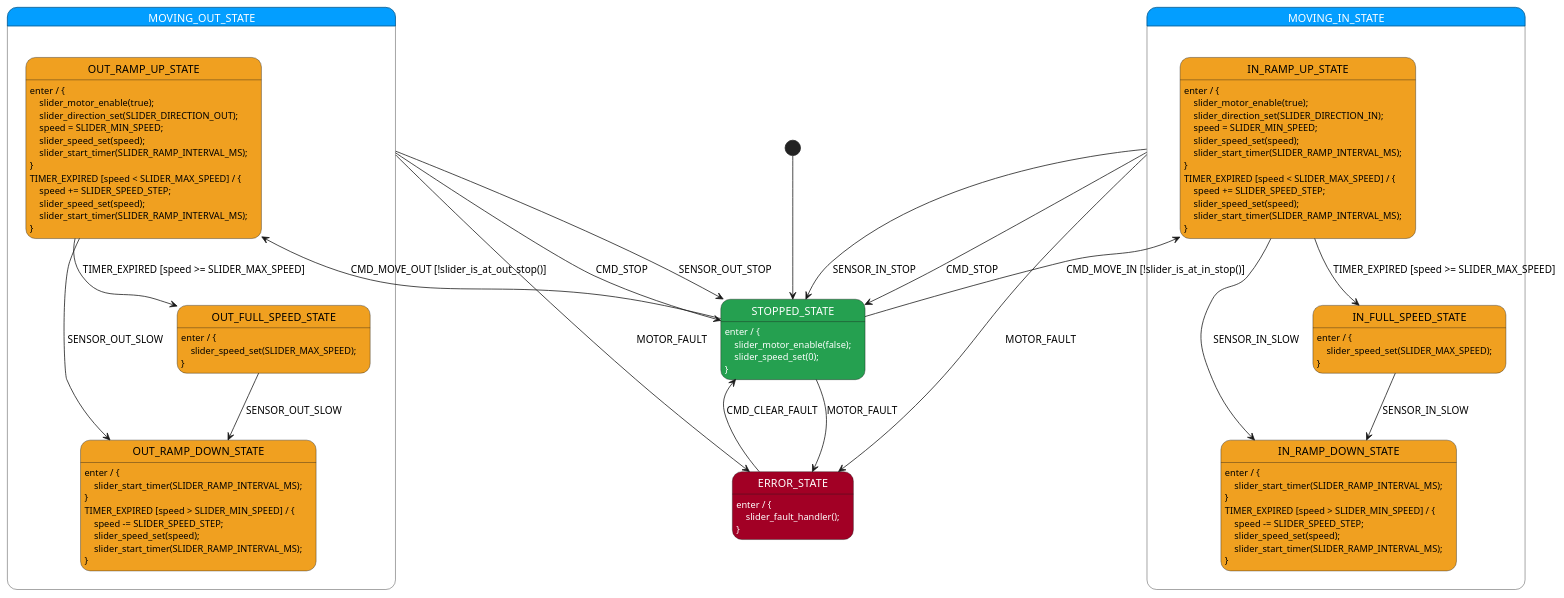
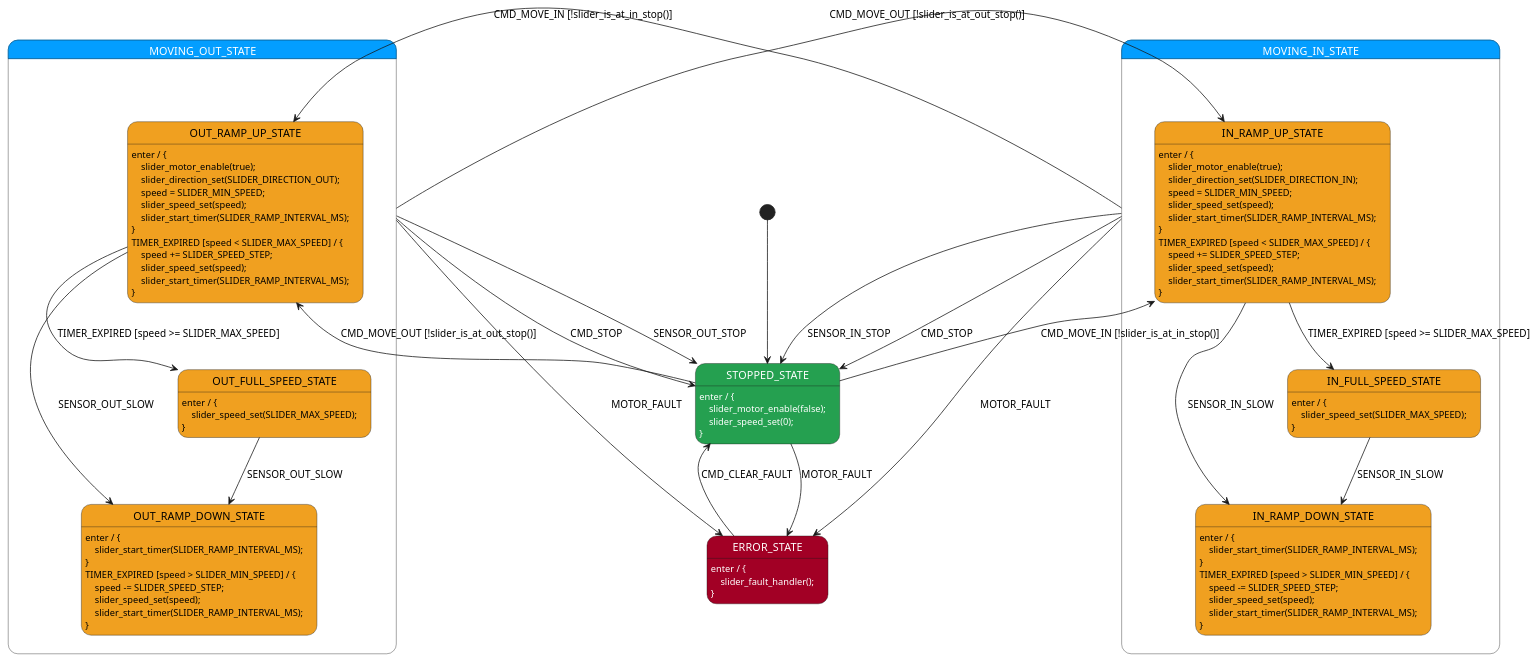
One commit to xanderhendriks/tv-slider changed the diagram in esp32/main/slider_state_machine.plantuml. Above: the diagram before and after it, drawn with PlantUML. The commit also changed 8 other files, not shown here.

```diff
--- a/esp32/main/slider_state_machine.plantuml
+++ b/esp32/main/slider_state_machine.plantuml
@@ -1,119 +1,121 @@
 @startuml slider_state_machine
 
 /'
   State Machine for TV Slider
   
   The system controls a stepper motor to slide a TV in/out of a wall.
   
   Hall Sensors: 
   - IN_STOP:  TV fully retracted (in position)
   - IN_SLOW:  Approaching in position (start ramping down)
   - OUT_SLOW:  Approaching out position (start ramping down)
   - OUT_STOP: TV fully extended (out position)
   
   Event-driven architecture:  uses timer events for ramping
 '/
 
 ' ///////////////////////////// STYLES /////////////////////////////
 skinparam state {
     BackgroundColor<<red>> a20025
     FontColor<<red>> white
     BackgroundColor<<green>> 25a050
     FontColor<<green>> white
     BackgroundColor<<yellow>> f0a020
     FontColor<<yellow>> black
     BackgroundColor<<blue>> 039eff
     FontColor<<blue>> white
 }
 
 ' //////////////////////// STATE ORGANIZATION ///////////////////////
 
 state STOPPED_STATE <<green>>
 state ERROR_STATE <<red>>
 
 state MOVING_OUT_STATE <<blue>> {
     state OUT_RAMP_UP_STATE <<yellow>>
     state OUT_FULL_SPEED_STATE <<yellow>>
     state OUT_RAMP_DOWN_STATE <<yellow>>
 }
 
 state MOVING_IN_STATE <<blue>> {
     state IN_RAMP_UP_STATE <<yellow>>
     state IN_FULL_SPEED_STATE <<yellow>>
     state IN_RAMP_DOWN_STATE <<yellow>>
 }
 
 ' ///////////////////////// STATE HANDLERS /////////////////////////
 
 [*] --> STOPPED_STATE
 
 STOPPED_STATE: enter / { \n    slider_motor_enable(false); \n    slider_speed_set(0); \n}
 STOPPED_STATE --> OUT_RAMP_UP_STATE: CMD_MOVE_OUT [!slider_is_at_out_stop()]
 STOPPED_STATE --> IN_RAMP_UP_STATE: CMD_MOVE_IN [!slider_is_at_in_stop()]
 STOPPED_STATE -down-> ERROR_STATE: MOTOR_FAULT
 
 ' ===== COMMON TRANSITIONS FOR ALL MOVING STATES =====
 MOVING_OUT_STATE --> STOPPED_STATE: CMD_STOP
+MOVING_OUT_STATE --> IN_RAMP_UP_STATE: CMD_MOVE_IN [!slider_is_at_in_stop()]
 MOVING_OUT_STATE --> STOPPED_STATE: SENSOR_OUT_STOP
 MOVING_OUT_STATE --> ERROR_STATE: MOTOR_FAULT
 
 MOVING_IN_STATE --> STOPPED_STATE: CMD_STOP
+MOVING_IN_STATE --> OUT_RAMP_UP_STATE: CMD_MOVE_OUT [!slider_is_at_out_stop()]
 MOVING_IN_STATE --> STOPPED_STATE: SENSOR_IN_STOP
 MOVING_IN_STATE --> ERROR_STATE: MOTOR_FAULT
 
 ' ===== MOVING OUT =====
 OUT_RAMP_UP_STATE: enter / { \n    slider_motor_enable(true); \n    slider_direction_set(SLIDER_DIRECTION_OUT); \n    speed = SLIDER_MIN_SPEED; \n    slider_speed_set(speed); \n    slider_start_timer(SLIDER_RAMP_INTERVAL_MS); \n}
 OUT_RAMP_UP_STATE: TIMER_EXPIRED [speed < SLIDER_MAX_SPEED] / { \n    speed += SLIDER_SPEED_STEP; \n    slider_speed_set(speed); \n    slider_start_timer(SLIDER_RAMP_INTERVAL_MS); \n}
 OUT_RAMP_UP_STATE --> OUT_FULL_SPEED_STATE: TIMER_EXPIRED [speed >= SLIDER_MAX_SPEED]
 OUT_RAMP_UP_STATE --> OUT_RAMP_DOWN_STATE: SENSOR_OUT_SLOW
 
 OUT_FULL_SPEED_STATE: enter / { \n    slider_speed_set(SLIDER_MAX_SPEED); \n}
 OUT_FULL_SPEED_STATE --> OUT_RAMP_DOWN_STATE:  SENSOR_OUT_SLOW
 
 OUT_RAMP_DOWN_STATE:  enter / { \n    slider_start_timer(SLIDER_RAMP_INTERVAL_MS); \n}
 OUT_RAMP_DOWN_STATE: TIMER_EXPIRED [speed > SLIDER_MIN_SPEED] / { \n    speed -= SLIDER_SPEED_STEP; \n    slider_speed_set(speed); \n    slider_start_timer(SLIDER_RAMP_INTERVAL_MS); \n}
 
 ' ===== MOVING IN =====
 IN_RAMP_UP_STATE: enter / { \n    slider_motor_enable(true); \n    slider_direction_set(SLIDER_DIRECTION_IN); \n    speed = SLIDER_MIN_SPEED; \n    slider_speed_set(speed); \n    slider_start_timer(SLIDER_RAMP_INTERVAL_MS); \n}
 IN_RAMP_UP_STATE: TIMER_EXPIRED [speed < SLIDER_MAX_SPEED] / { \n    speed += SLIDER_SPEED_STEP; \n    slider_speed_set(speed); \n    slider_start_timer(SLIDER_RAMP_INTERVAL_MS); \n}
 IN_RAMP_UP_STATE --> IN_FULL_SPEED_STATE: TIMER_EXPIRED [speed >= SLIDER_MAX_SPEED]
 IN_RAMP_UP_STATE --> IN_RAMP_DOWN_STATE: SENSOR_IN_SLOW
 
 IN_FULL_SPEED_STATE: enter / { \n    slider_speed_set(SLIDER_MAX_SPEED); \n}
 IN_FULL_SPEED_STATE --> IN_RAMP_DOWN_STATE: SENSOR_IN_SLOW
 
 IN_RAMP_DOWN_STATE: enter / { \n    slider_start_timer(SLIDER_RAMP_INTERVAL_MS); \n}
 IN_RAMP_DOWN_STATE: TIMER_EXPIRED [speed > SLIDER_MIN_SPEED] / { \n    speed -= SLIDER_SPEED_STEP; \n    slider_speed_set(speed); \n    slider_start_timer(SLIDER_RAMP_INTERVAL_MS); \n}
 
 ' ===== ERROR_STATE STATE =====
 ERROR_STATE: enter / { \n    slider_fault_handler(); \n}
 ERROR_STATE --> STOPPED_STATE: CMD_CLEAR_FAULT
 
 ' //////////////////////// StateSmith config ////////////////////////
 /'!  $CONFIG : toml
 [RenderConfig]
 FileTop = """
     // Motor Controller State Machine for TV Slider
     // Generated by StateSmith
     // Event-driven architecture
     """
 AutoExpandedVars = """
     uint16_t speed;               // current motor speed
     """
 
 [RenderConfig.C]
 HFileIncludes = """
     #include <stdint.h>
     #include <stdbool.h>
     #include "slider_types.h"
     """
 CFileIncludes = """
     #include "esp_log.h"
     #include "slider.h"
     """
 
 [SmRunnerSettings]
 transpilerId = "C99"
 '/
 
 @enduml
```
